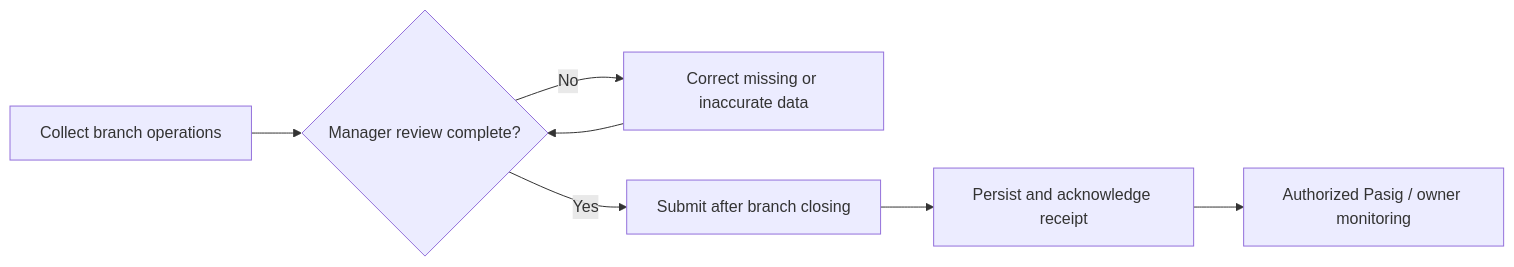
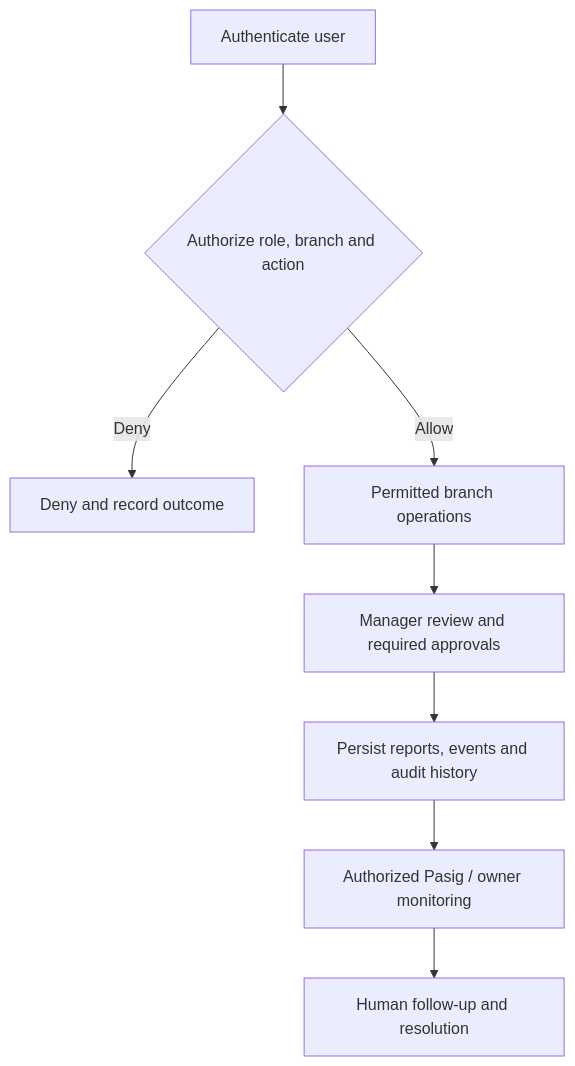
Before and after one commit to elijahdelmundo/veritas_prototype-0.1: the third of 3 diagrams in WORKFLOW.md, drawn with Mermaid. The commit also changed other lines of this file and 239 other files, not shown here.

````diff
--- a/WORKFLOW.md
+++ b/WORKFLOW.md
@@ -244,9 +290,10 @@
 ```mermaid
-flowchart LR
-    Collect["Collect branch operations"] --> Review{"Manager review complete?"}
-    Review -- No --> Correct["Correct missing or inaccurate data"]
-    Correct --> Review
-    Review -- Yes --> Submit["Submit after branch closing"]
-    Submit --> Persist["Persist and acknowledge receipt"]
+flowchart TD
+    Login["Authenticate user"] --> Policy{"Authorize role, branch and action"}
+    Policy -- Deny --> Denial["Deny and record outcome"]
+    Policy -- Allow --> Operations["Permitted branch operations"]
+    Operations --> Review["Manager review and required approvals"]
+    Review --> Persist["Persist reports, events and audit history"]
     Persist --> Central["Authorized Pasig / owner monitoring"]
+    Central --> Action["Human follow-up and resolution"]
 ```
````
